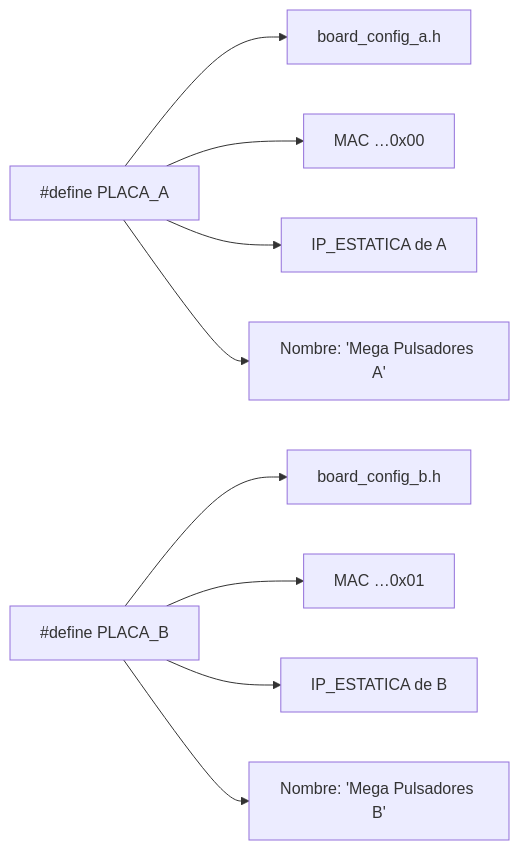
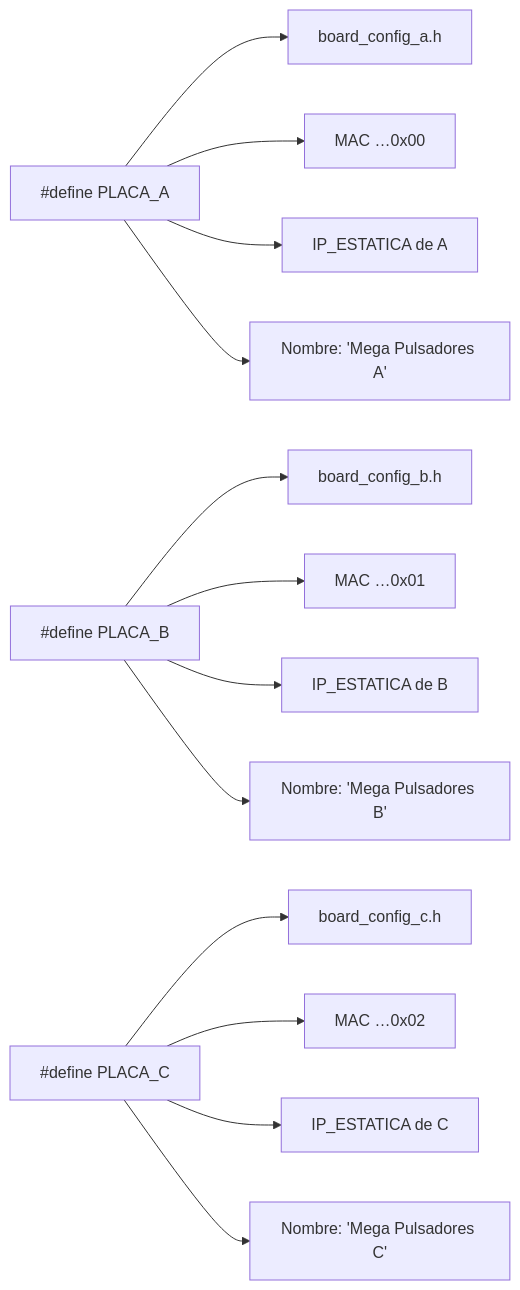
Before and after one commit to GerardUmbert/arduino-mega-mqtt-ha: the diagram in docs/docs/getting-started/unidades.md, drawn with Mermaid. The commit also changed other lines of this file and 7 other files, not shown here.

First line of the commit message:
Anade tercera unidad PLACA_C a mega_dispositivos y mega_pulsadores_low_ram

````diff
--- a/docs/docs/getting-started/unidades.md
+++ b/docs/docs/getting-started/unidades.md
@@ -18,12 +19,17 @@
 ```mermaid
 flowchart LR
     D["#define PLACA_A"] --> A1["board_config_a.h"]
     D --> A2["MAC …0x00"]
     D --> A3["IP_ESTATICA de A"]
     D --> A4["Nombre: 'Mega Pulsadores A'"]
 
     E["#define PLACA_B"] --> B1["board_config_b.h"]
     E --> B2["MAC …0x01"]
     E --> B3["IP_ESTATICA de B"]
     E --> B4["Nombre: 'Mega Pulsadores B'"]
+
+    F["#define PLACA_C"] --> C1["board_config_c.h"]
+    F --> C2["MAC …0x02"]
+    F --> C3["IP_ESTATICA de C"]
+    F --> C4["Nombre: 'Mega Pulsadores C'"]
 ```
````
